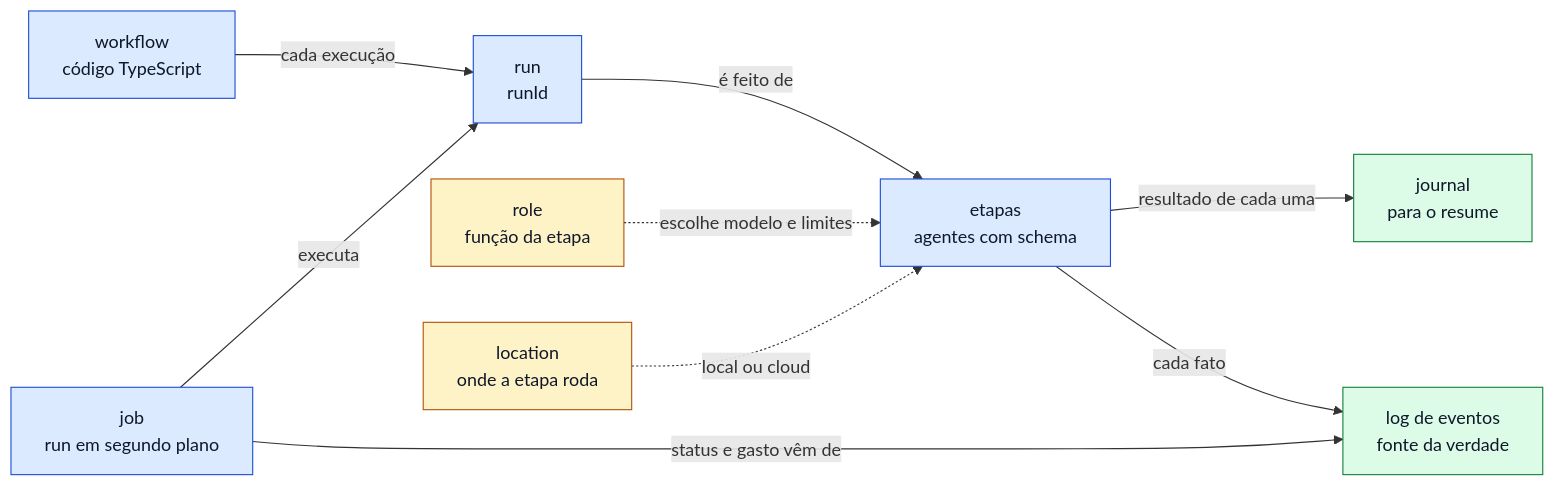
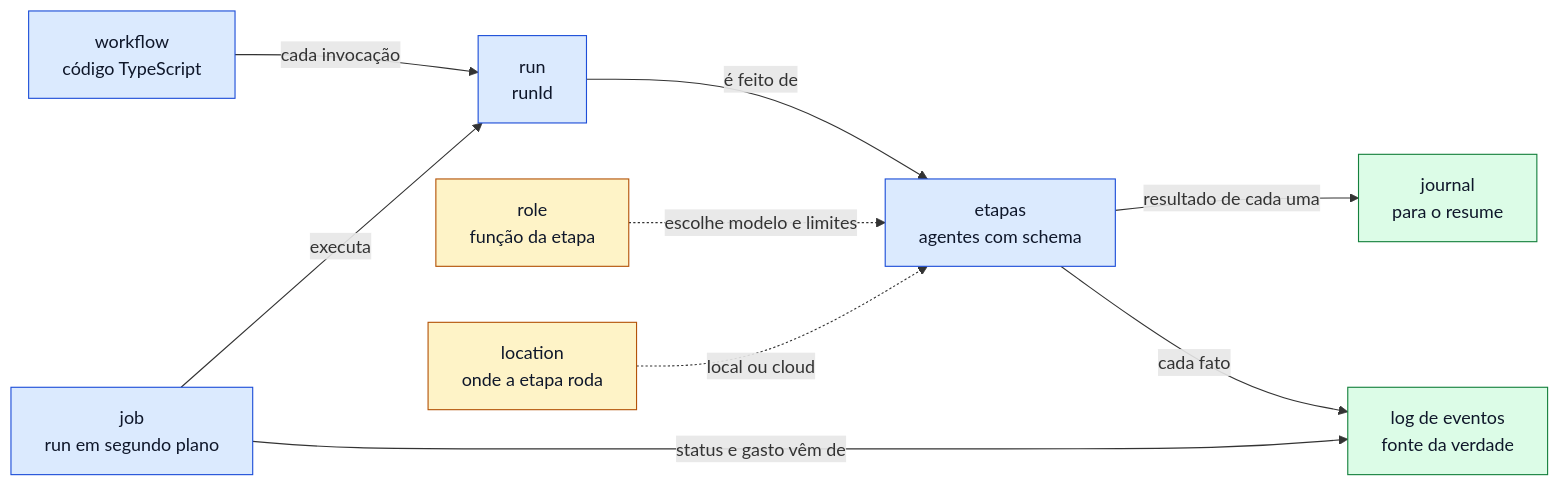
Before and after one commit to rodrigorjsf/cursor-workflows-starter: the diagram in docs/vision/03-conceitos.md, drawn with Mermaid. The commit also changed other lines of this file and 1 other file, not shown here.

````diff
--- a/docs/vision/03-conceitos.md
+++ b/docs/vision/03-conceitos.md
@@ -10,14 +10,14 @@
 ```mermaid
 flowchart LR
-  W["workflow<br/>código TypeScript"]:::conceito -->|"cada execução"| R["run<br/>runId"]:::conceito
+  W["workflow<br/>código TypeScript"]:::conceito -->|"cada invocação"| R["run<br/>runId"]:::conceito
   R -->|"é feito de"| S["etapas<br/>agentes com schema"]:::conceito
   J["job<br/>run em segundo plano"]:::conceito -->|"executa"| R
   S -->|"resultado de cada uma"| JR["journal<br/>para o resume"]:::registro
   S -->|"cada fato"| EL["log de eventos<br/>fonte da verdade"]:::registro
   J -->|"status e gasto vêm de"| EL
   RO["role<br/>função da etapa"]:::config -.->|"escolhe modelo e limites"| S
   LO["location<br/>onde a etapa roda"]:::config -.->|"local ou cloud"| S
   classDef conceito fill:#dbeafe,stroke:#1d4ed8,color:#0f172a
   classDef registro fill:#dcfce7,stroke:#15803d,color:#0f172a
   classDef config fill:#fef3c7,stroke:#b45309,color:#0f172a
 ```
````
